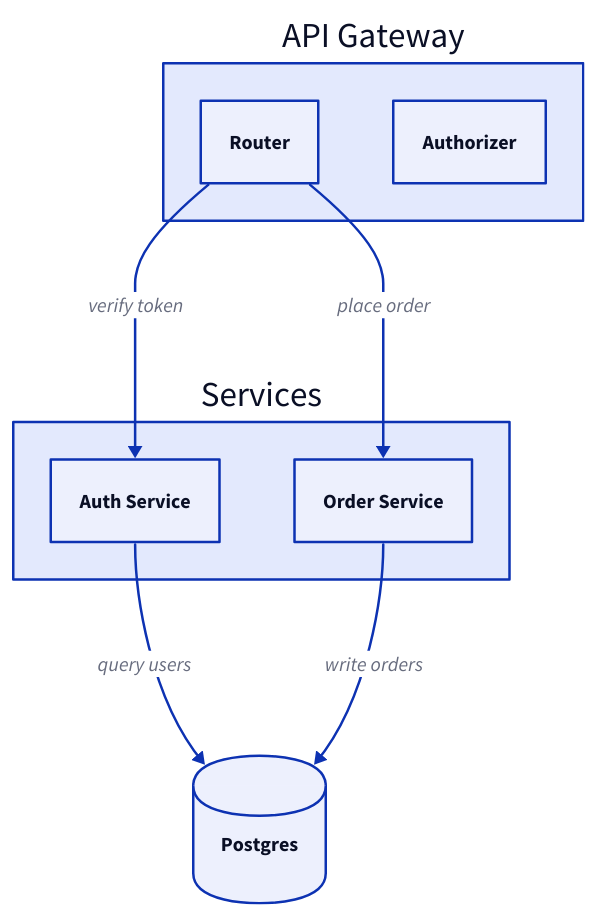
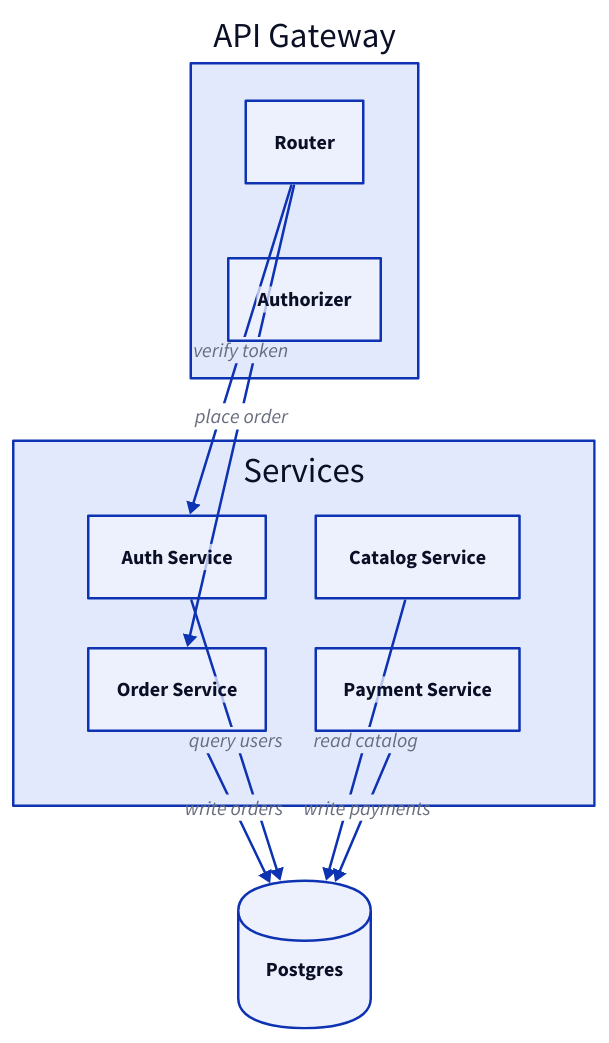
Before and after one commit to driftsys/metapowers: the first of 3 diagrams in skills/tech-diagramming-d2/SKILL.md, drawn with D2. The commit also changed other lines of this file and 5 other files, not shown here.

First line of the commit message:
feat: teach tech-diagramming-d2 compact layout defaults

````diff
--- a/skills/tech-diagramming-d2/SKILL.md
+++ b/skills/tech-diagramming-d2/SKILL.md
@@ -50,18 +51,25 @@
 ```d2
+direction: right
+
 gateway: API Gateway {
   router: Router
   authz: Authorizer
 }
 services: Services {
+  grid-columns: 2        # parallel services → a 2-wide block, not a column
   auth: Auth Service
   orders: Order Service
+  catalog: Catalog Service
+  payments: Payment Service
 }
 db: Postgres {
   shape: cylinder
 }
 
 gateway.router -> services.auth: verify token
 gateway.router -> services.orders: place order
 services.auth -> db: query users
 services.orders -> db: write orders
+services.catalog -> db: read catalog
+services.payments -> db: write payments
 ```
````
